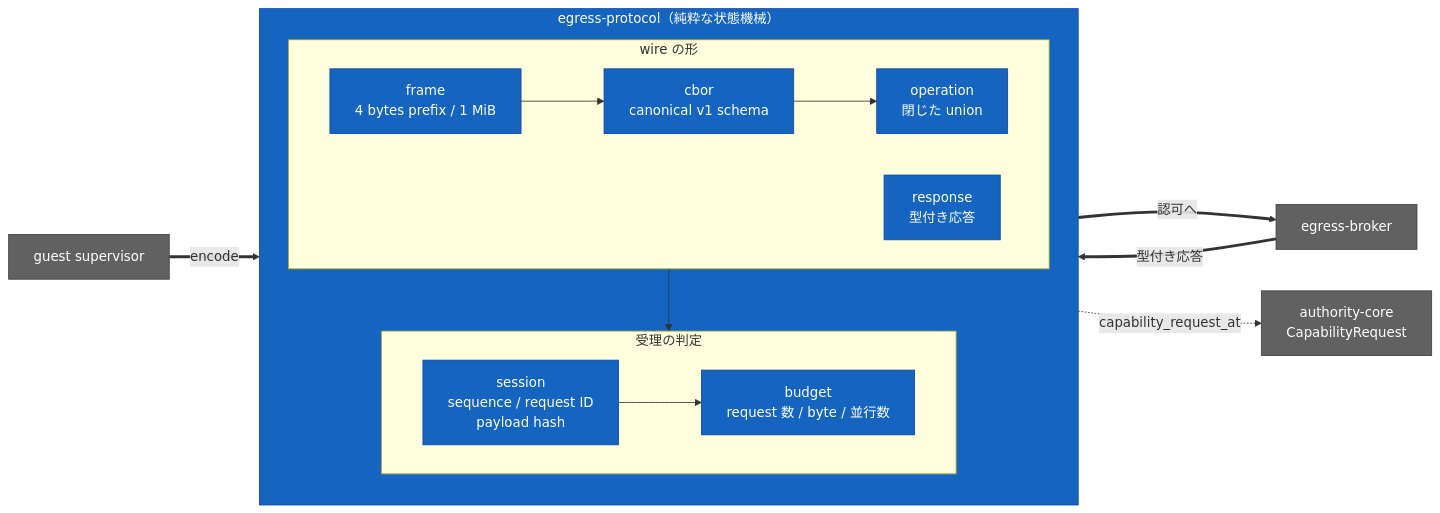
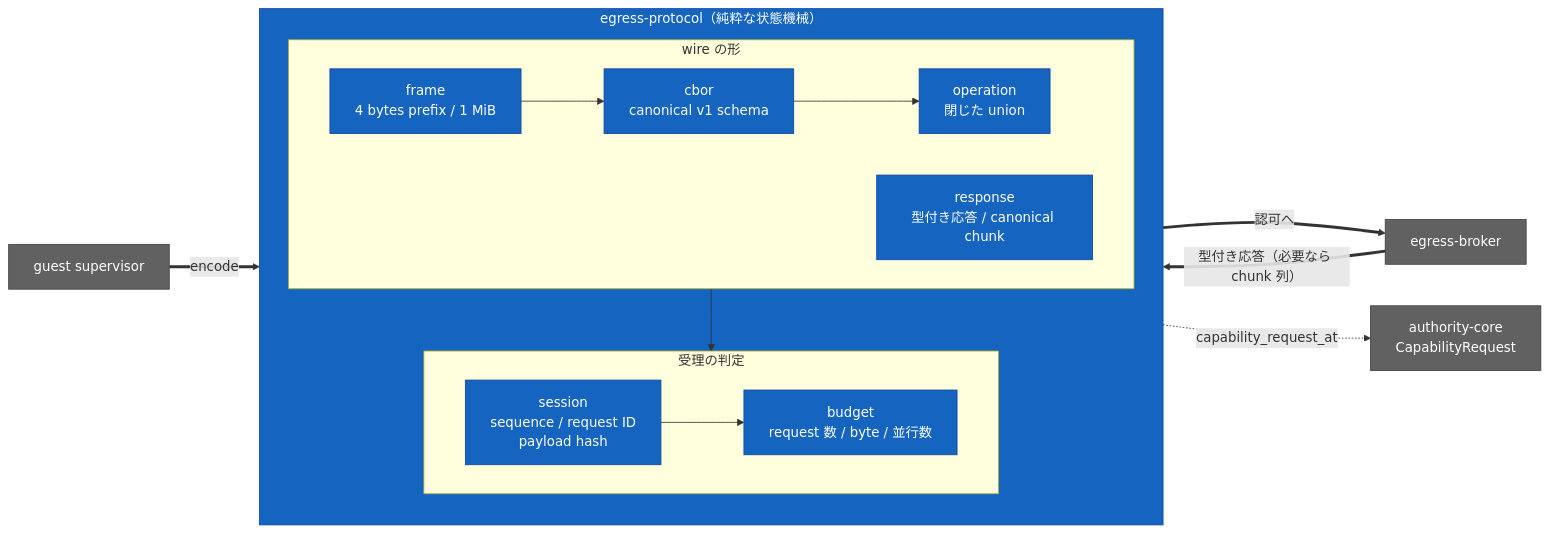
Before and after one commit to Aqua-218/SecCamp-AIAgent: the diagram in docs/egress-protocol/README.md, drawn with Mermaid. The commit also changed other lines of this file, not shown here.

Commit message:
docs(egress-protocol): show the canonical chunk in the module map

````diff
--- a/docs/egress-protocol/README.md
+++ b/docs/egress-protocol/README.md
@@ -15,37 +15,37 @@
 ```mermaid
 flowchart LR
     guestside["guest supervisor"]
     hostside["egress-broker"]
 
     subgraph ep["egress-protocol（純粋な状態機械）"]
         direction TB
         subgraph wire["wire の形"]
             direction LR
             frame["frame<br/>4 bytes prefix / 1 MiB"]
             cbor["cbor<br/>canonical v1 schema"]
             op["operation<br/>閉じた union"]
-            resp["response<br/>型付き応答"]
+            resp["response<br/>型付き応答 / canonical chunk"]
         end
         subgraph admit["受理の判定"]
             direction LR
             sess["session<br/>sequence / request ID<br/>payload hash"]
             budget["budget<br/>request 数 / byte / 並行数"]
         end
     end
 
     ac["authority-core<br/>CapabilityRequest"]
 
     guestside ==>|"encode"| frame
     frame --> cbor
     cbor --> op
     op --> sess
     sess --> budget
     budget ==>|"認可へ"| hostside
-    hostside ==>|"型付き応答"| resp
+    hostside ==>|"型付き応答（必要なら chunk 列）"| resp
     op -.->|"capability_request_at"| ac
 
     classDef host fill:#1565c0,color:#fff,stroke:#0d47a1;
     classDef external fill:#616161,color:#fff,stroke:#424242;
     class ep,frame,cbor,op,resp,sess,budget host;
     class guestside,hostside,ac external;
 ```
````
